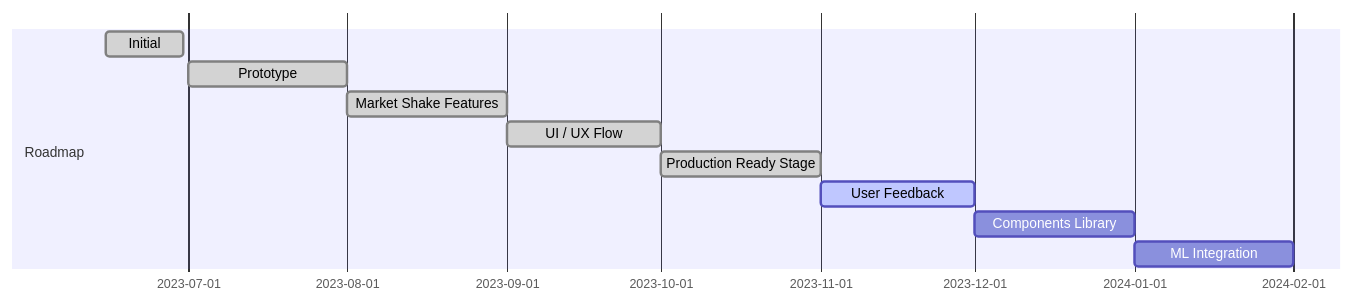
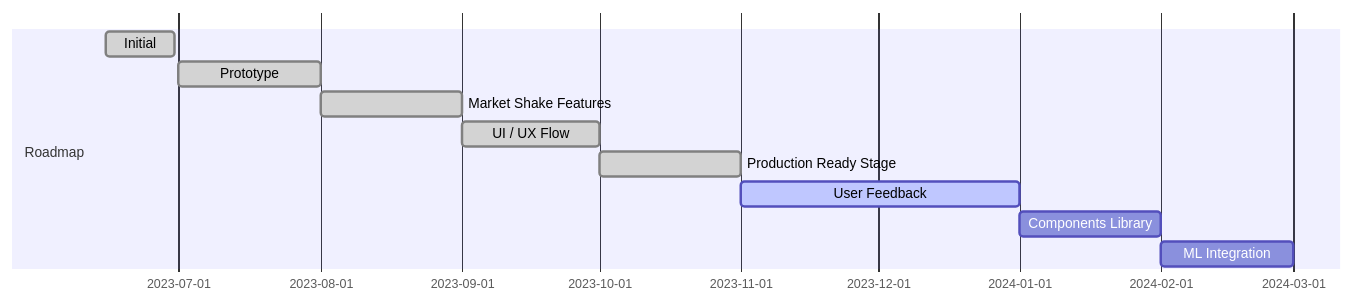
The diagram in README.md (lyskouski/app-finance), drawn with Mermaid before and after one commit.

Commit message:
[#376] [DC] Implementation Flow. Shift timeline

````diff
--- a/README.md
+++ b/README.md
@@ -16,12 +16,12 @@
 ```mermaid
 gantt
     section Roadmap
     Initial                 :done, dis1, 2023-06-15, 15d
     Prototype               :done, dis2, 2023-07-01, 1M
     Market Shake Features   :done, dis3, 2023-08-01, 1M
     UI / UX Flow            :done, dis4, 2023-09-01, 1M
     Production Ready Stage  :done, dis5, 2023-10-01, 1M
-    User Feedback           :active, dis6, 2023-11-01, 1M
-    Components Library      : dis7, 2023-12-01, 1M
-    ML Integration          : dis8, 2024-01-01, 1M
+    User Feedback           :active, dis6, 2023-11-01, 2M
+    Components Library      : dis7, 2024-01-01, 1M
+    ML Integration          : dis8, 2024-02-01, 1M
 ```
````
